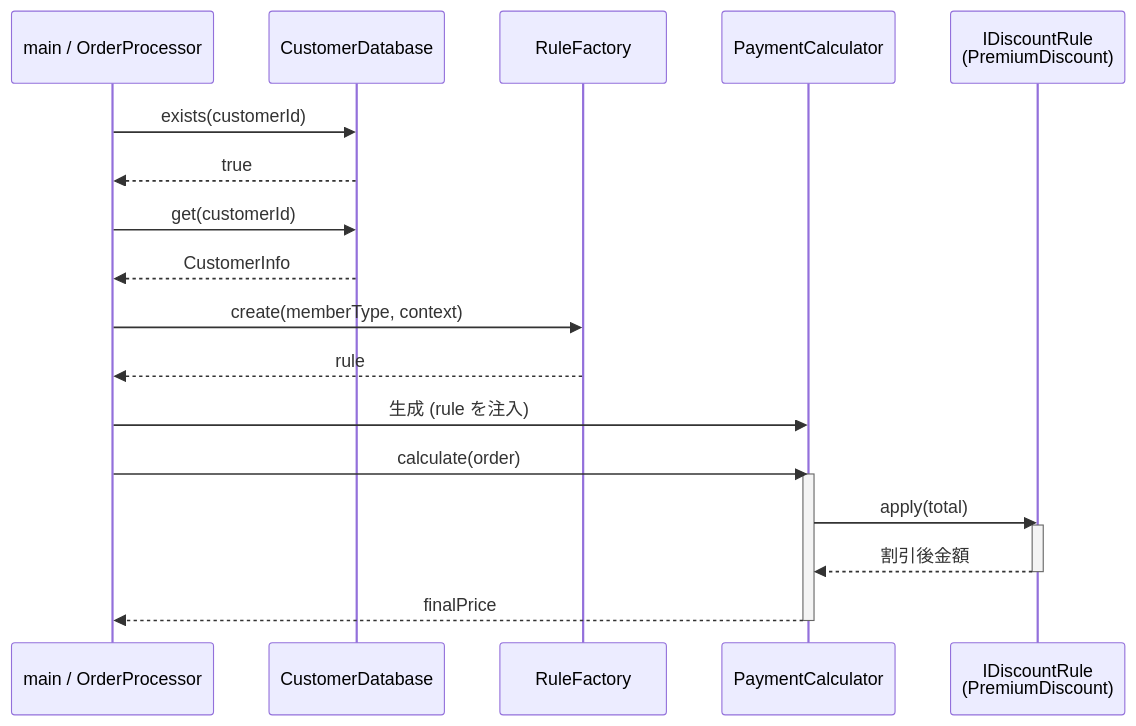
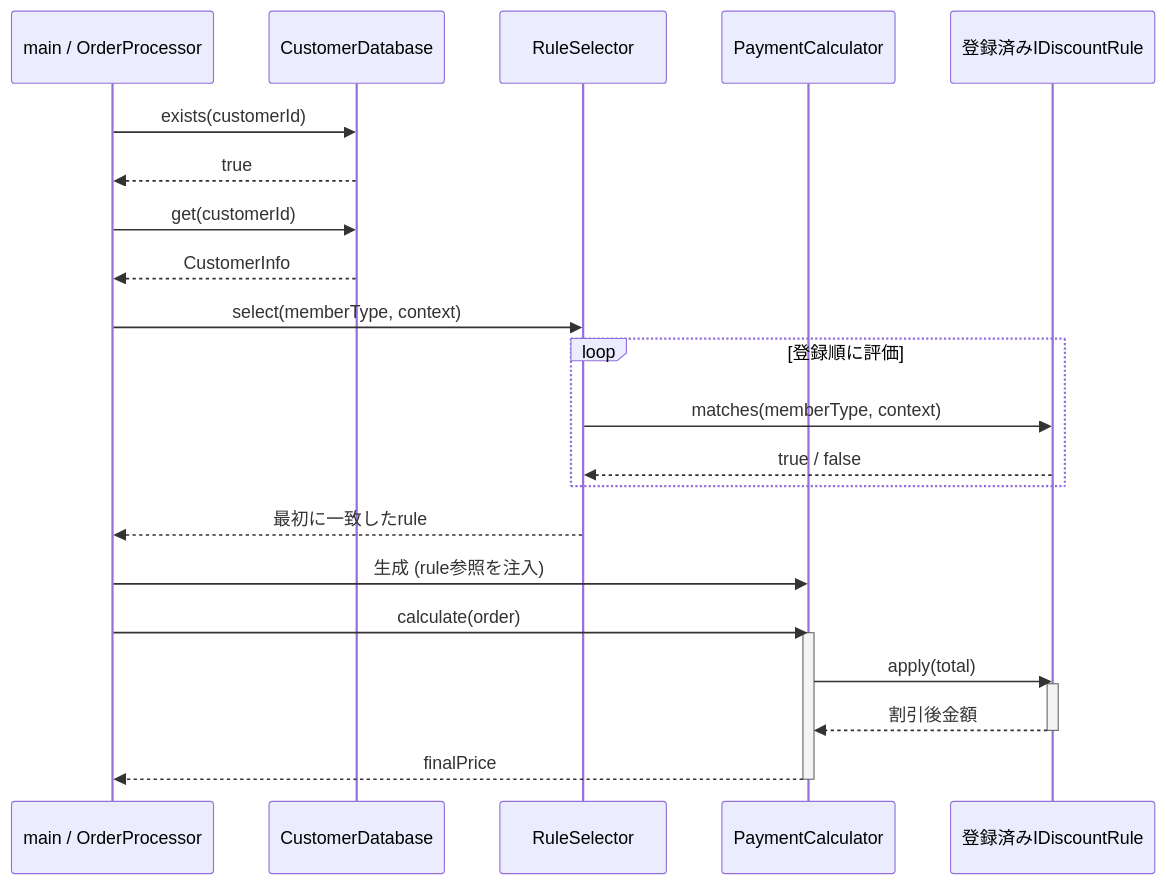
Before and after one commit to kumachan1101-pixel/DesignPattern: the ninth of 12 diagrams in kindle/design-patterns/output/chapter01.md, drawn with Mermaid. The commit also changed other lines of this file and 1 other file, not shown here.

````diff
--- a/kindle/design-patterns/output/chapter01.md
+++ b/kindle/design-patterns/output/chapter01.md
@@ -1794,24 +2115,28 @@
 ```mermaid
 sequenceDiagram
     participant M as main / OrderProcessor
     participant DB as CustomerDatabase
-    participant F as RuleFactory
+    participant S as RuleSelector
     participant P as PaymentCalculator
-    participant I as IDiscountRule<br/>(PremiumDiscount)
+    participant I as 登録済みIDiscountRule
 
     M->>DB: exists(customerId)
     DB-->>M: true
     M->>DB: get(customerId)
     DB-->>M: CustomerInfo
-    M->>F: create(memberType, context)
-    F-->>M: rule
-    M->>P: 生成 (rule を注入)
+    M->>S: select(memberType, context)
+    loop 登録順に評価
+        S->>I: matches(memberType, context)
+        I-->>S: true / false
+    end
+    S-->>M: 最初に一致したrule
+    M->>P: 生成 (rule参照を注入)
     M->>P: calculate(order)
     activate P
     P->>I: apply(total)
     activate I
     I-->>P: 割引後金額
     deactivate I
     P-->>M: finalPrice
     deactivate P
 ```
````
